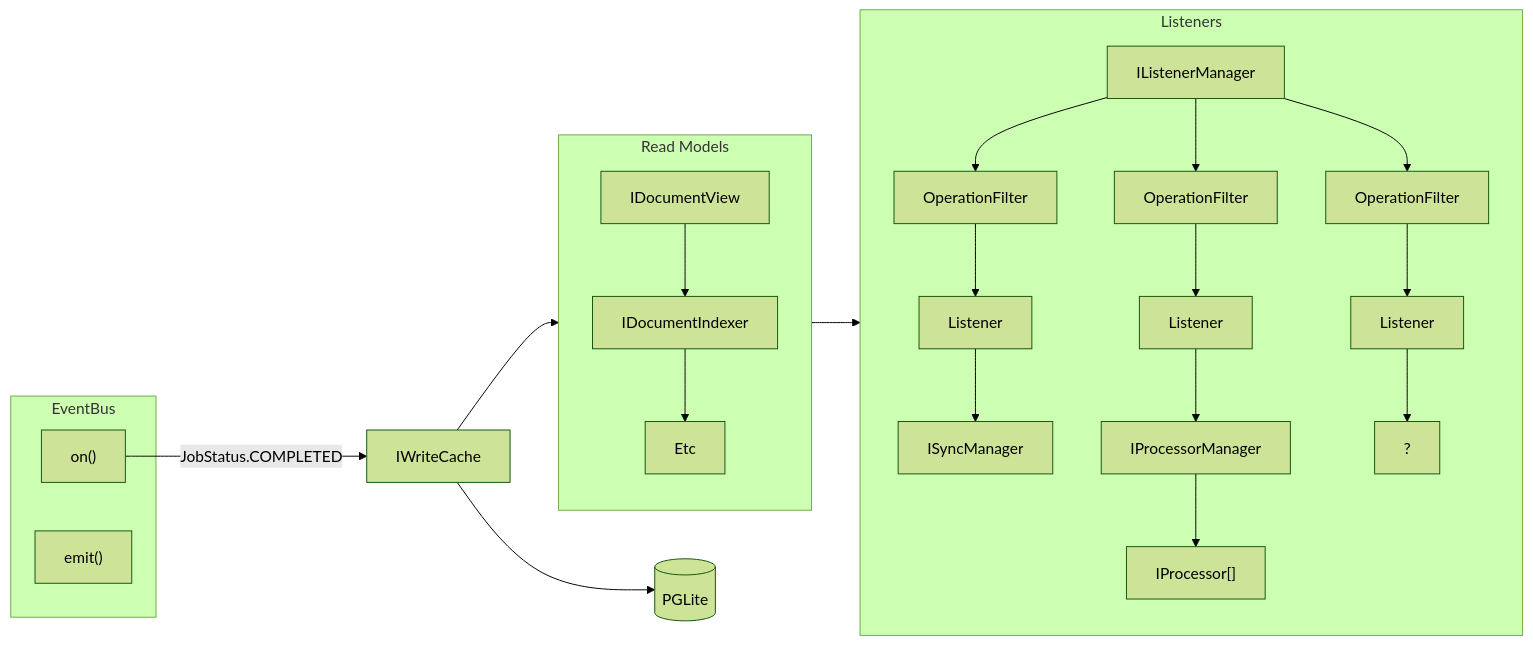
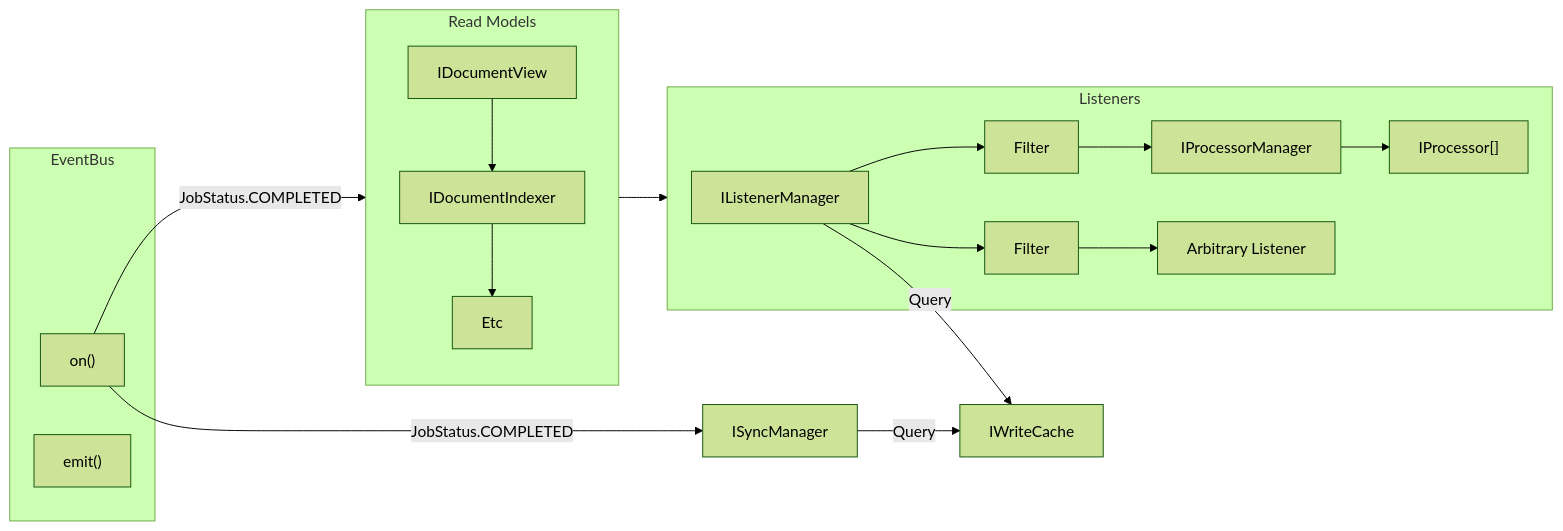
Before and after one commit to powerhouse-inc/powerhouse: the second of 2 diagrams in packages/reactor/docs/planning/Cache/write-cache.md, drawn with Mermaid (forest theme). The commit also changed other lines of this file and 1 other file, not shown here.

Commit message:
chore: continued work on write cache spec

````diff
--- a/packages/reactor/docs/planning/Cache/write-cache.md
+++ b/packages/reactor/docs/planning/Cache/write-cache.md
@@ -71,25 +127,25 @@
 ```mermaid
 flowchart LR
   subgraph EventBus
     On["on()"]
     Emit["emit()"]
   end
 
-  On -->|"JobStatus.COMPLETED"| IWriteCache --> ReadModels --> Listeners
-
-  IWriteCache --> DB[(PGLite)]
+  On -->|"JobStatus.COMPLETED"| ReadModels --> Listeners
+  On -->|"JobStatus.COMPLETED"| ISyncManager
 
   subgraph ReadModels["Read Models"]
     IDocumentView --> IDocumentIndexer --> Etc
   end
 
   subgraph Listeners
-    IListenerManager --> FA
     IListenerManager --> FB
     IListenerManager --> FC
 
-    FA["OperationFilter"] --> LA["Listener"] --> ISyncManager
-    FB["OperationFilter"] --> LB["Listener"] --> IProcessorManager --> Processors["IProcessor[]"]
-    FC["OperationFilter"] --> LC["Listener"] --> ?
+    FB["Filter"] --> IProcessorManager --> Processors["IProcessor[]"]
+    FC["Filter"] --> L["Arbitrary Listener"]
   end
+
+  ISyncManager -->|Query| IWriteCache
+  IListenerManager -->|Query| IWriteCache
 ```
````
